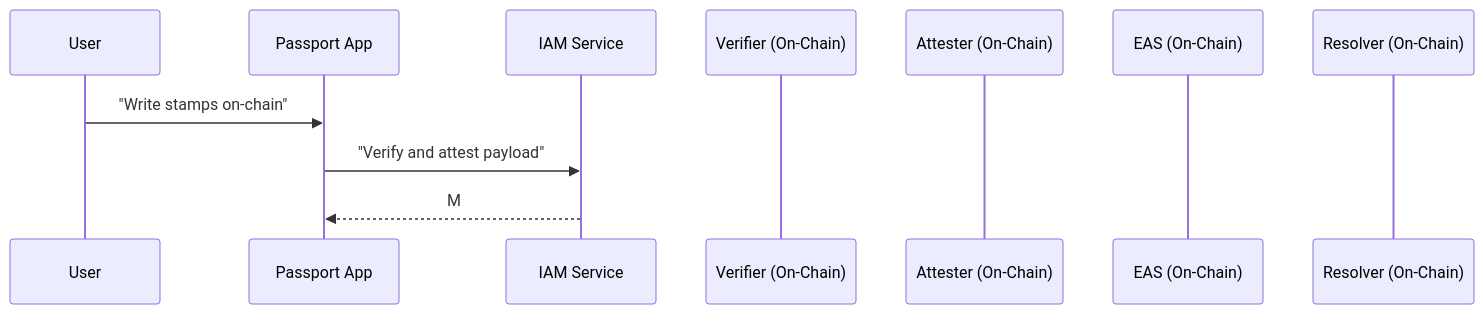
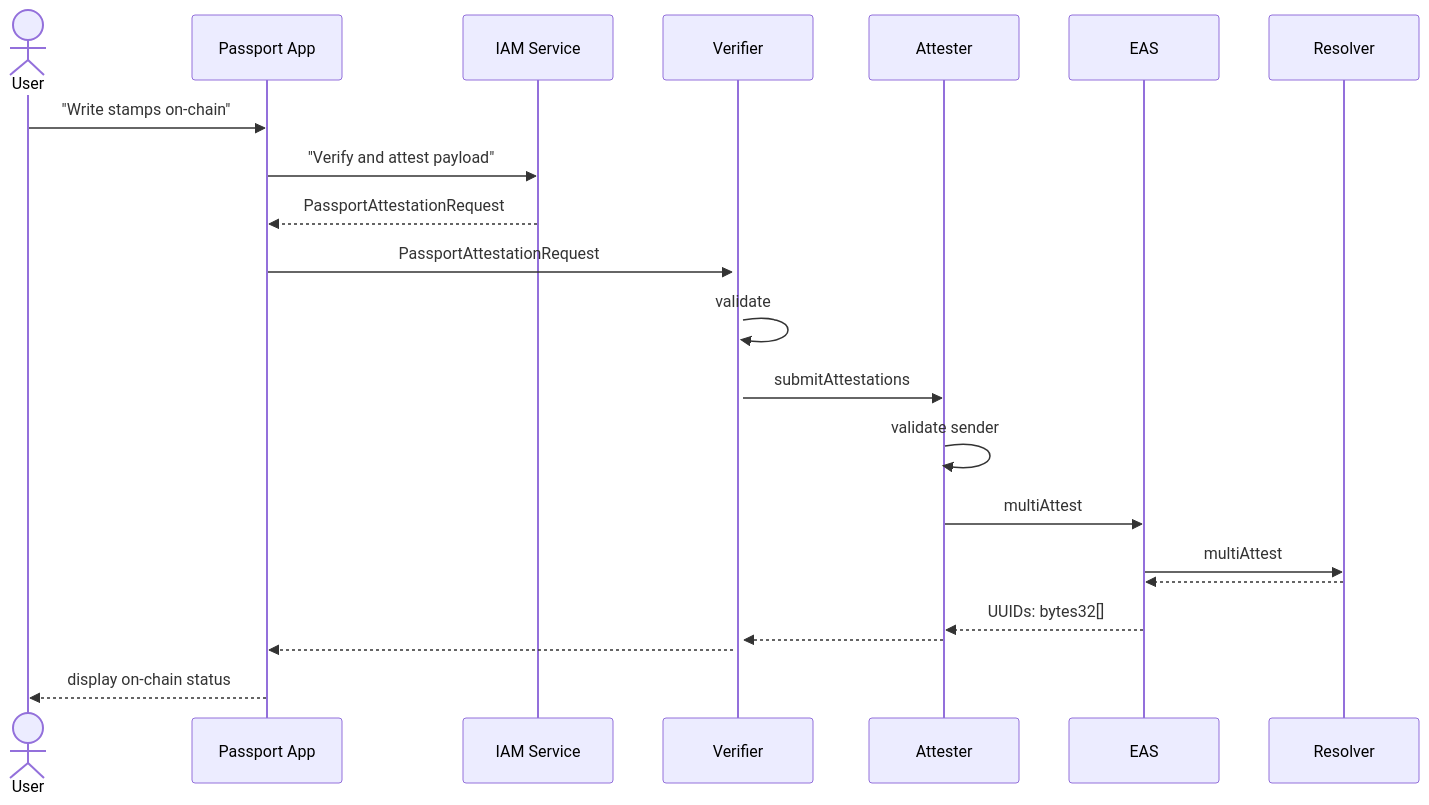
The diagram in docs/on_chain.md (passportxyz/passport), drawn with Mermaid before and after one commit.

Commit message:
feat(docs): doc update

````diff
--- a/docs/on_chain.md
+++ b/docs/on_chain.md
@@ -11,14 +11,26 @@
 ```mermaid
 sequenceDiagram
-    participant User
+    actor User
     participant Passport App
     participant IAM Service
-    participant Verifier (On-Chain)
-    participant Attester (On-Chain)
-    participant EAS (On-Chain)
-    participant Resolver (On-Chain)
+    participant Verifier
+    participant Attester
+    participant EAS
+    participant Resolver
 
     User->>Passport App: "Write stamps on-chain"
     Passport App->>IAM Service: "Verify and attest payload"
-    IAM Service-->>Passport App: M
+    IAM Service-->>Passport App: PassportAttestationRequest
+    activate Verifier
+    Passport App->>Verifier: PassportAttestationRequest
+    Verifier->>Verifier : validate
+    Verifier->>Attester : submitAttestations
+    Attester->>Attester : validate sender
+    Attester->>EAS : multiAttest
+    EAS->>Resolver : multiAttest
+    Resolver-->>EAS : 
+    EAS-->>Attester : UUIDs: bytes32[]
+    Attester-->>Verifier : 
+    Verifier-->>Passport App : 
+    Passport App-->>User : display on-chain status
 ```
````
